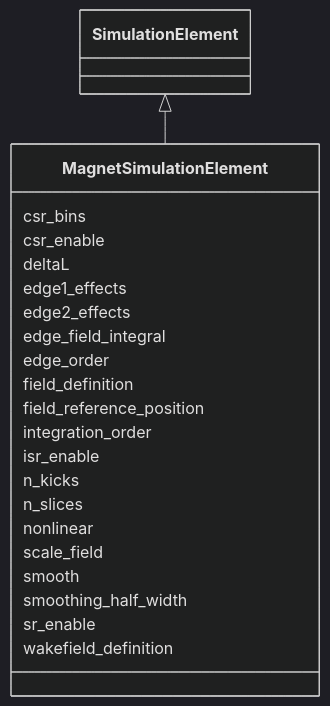
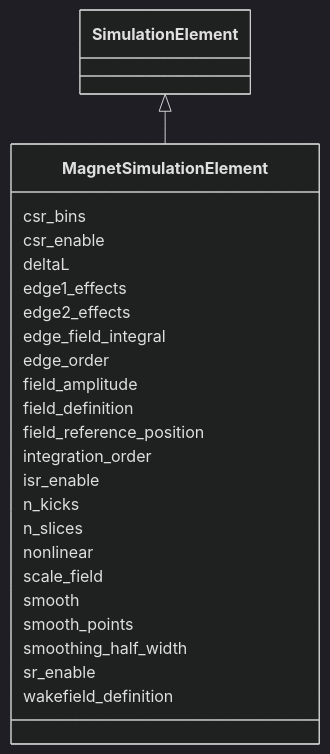
Before and after one commit to astec-stfc/laura: the diagram in docs/source/schema/MagnetSimulationElement.md, drawn with Mermaid (dark theme). The commit also changed other lines of this file and 330 other files, not shown here.

Commit message:
Rationalising the schema and objects

````diff
--- a/docs/source/schema/MagnetSimulationElement.md
+++ b/docs/source/schema/MagnetSimulationElement.md
@@ -23,47 +23,51 @@
 ```mermaid
  classDiagram
     class MagnetSimulationElement
     click MagnetSimulationElement href "../MagnetSimulationElement/"
       SimulationElement <|-- MagnetSimulationElement
         click SimulationElement href "../SimulationElement/"
       
       MagnetSimulationElement : csr_bins
         
       MagnetSimulationElement : csr_enable
         
       MagnetSimulationElement : deltaL
         
       MagnetSimulationElement : edge1_effects
         
       MagnetSimulationElement : edge2_effects
         
       MagnetSimulationElement : edge_field_integral
         
       MagnetSimulationElement : edge_order
         
+      MagnetSimulationElement : field_amplitude
+        
       MagnetSimulationElement : field_definition
         
       MagnetSimulationElement : field_reference_position
         
       MagnetSimulationElement : integration_order
         
       MagnetSimulationElement : isr_enable
         
       MagnetSimulationElement : n_kicks
         
       MagnetSimulationElement : n_slices
         
       MagnetSimulationElement : nonlinear
         
       MagnetSimulationElement : scale_field
         
       MagnetSimulationElement : smooth
         
+      MagnetSimulationElement : smooth_points
+        
       MagnetSimulationElement : smoothing_half_width
         
       MagnetSimulationElement : sr_enable
         
       MagnetSimulationElement : wakefield_definition
         
       
 ```
````
